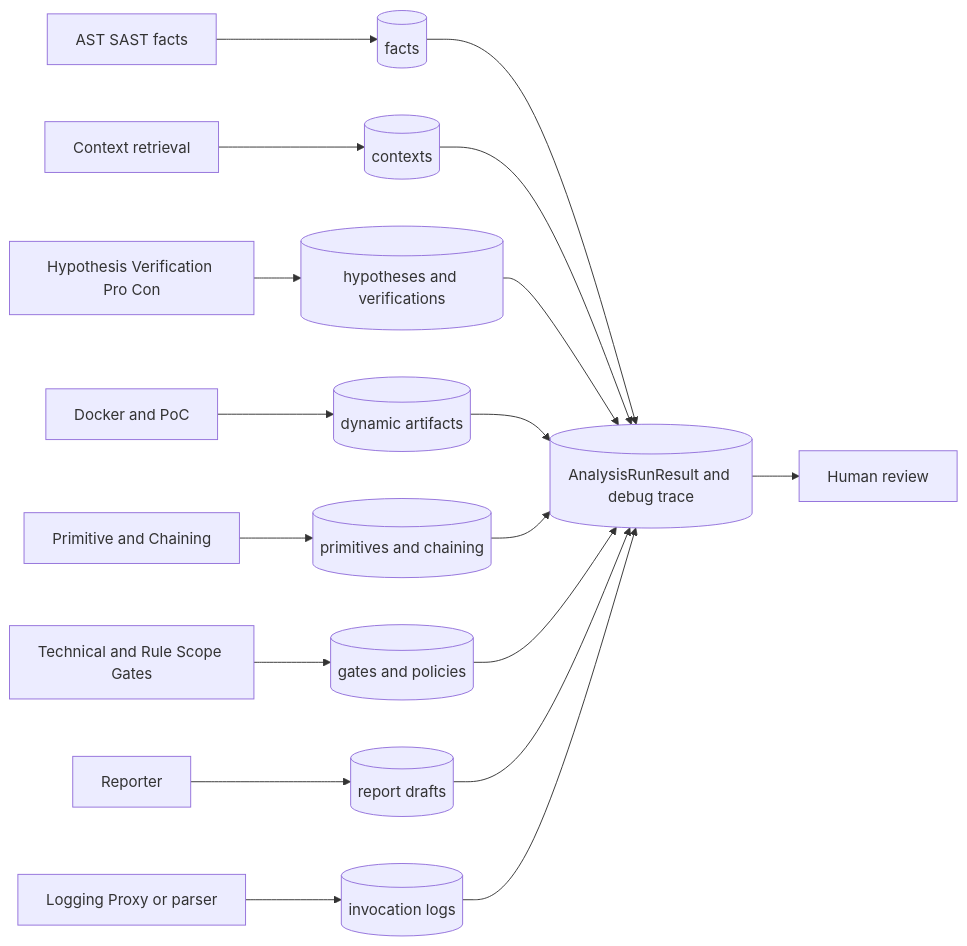
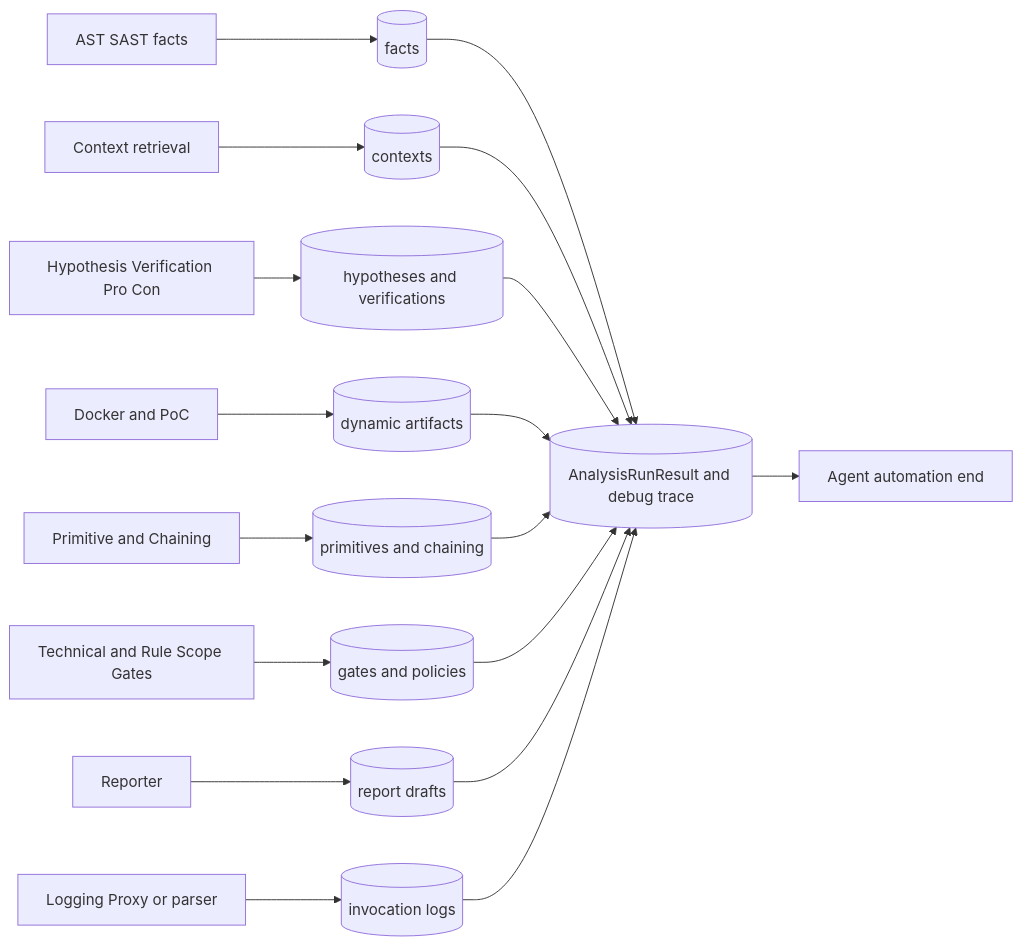
The eighth of 13 diagrams in docs/architecture-v5/13-architecture-diagrams.md (SASTsimi/sastsimi), drawn with Mermaid before and after one commit. The commit also changed other lines of this file and 28 other files, not shown here.

Commit message:
docs: remove R5-04 human review automation

````diff
--- a/docs/architecture-v5/13-architecture-diagrams.md
+++ b/docs/architecture-v5/13-architecture-diagrams.md
@@ -274,20 +274,20 @@
 ```mermaid
 flowchart LR
     STATIC[AST SAST facts] --> FACTS[(facts)]
     CONTEXT[Context retrieval] --> CONTEXTS[(contexts)]
     AGENTS[Hypothesis Verification Pro Con] --> RESULTS[(hypotheses and verifications)]
     DYNAMIC[Docker and PoC] --> DYNSTORE[(dynamic artifacts)]
     PR[Primitive and Chaining] --> PRSTORE[(primitives and chaining)]
     GATES[Technical and Rule Scope Gates] --> GATESTORE[(gates and policies)]
     REPORT[Reporter] --> REPORTS[(report drafts)]
     LLM[Logging Proxy or parser] --> INV[(invocation logs)]
     FACTS --> RUN[(AnalysisRunResult and debug trace)]
     CONTEXTS --> RUN
     RESULTS --> RUN
     DYNSTORE --> RUN
     PRSTORE --> RUN
     GATESTORE --> RUN
     REPORTS --> RUN
     INV --> RUN
-    RUN --> HUMAN[Human review]
+    RUN --> END[Agent automation end]
 ```
````
